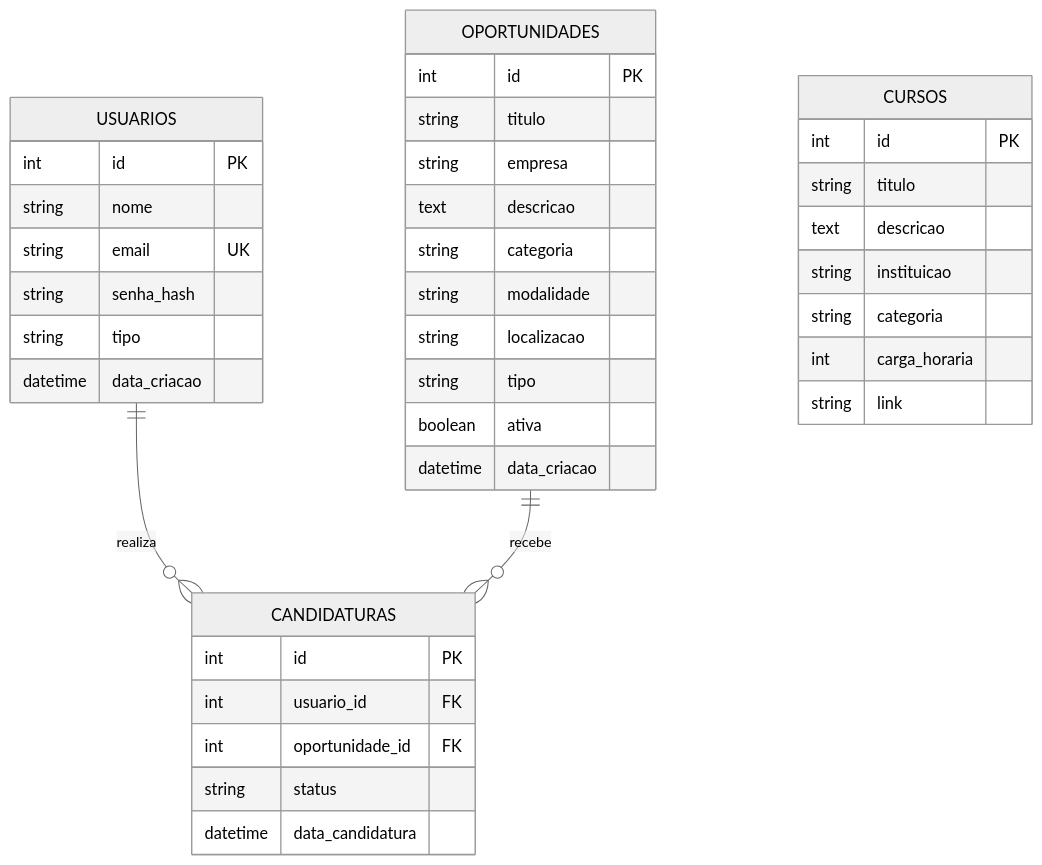
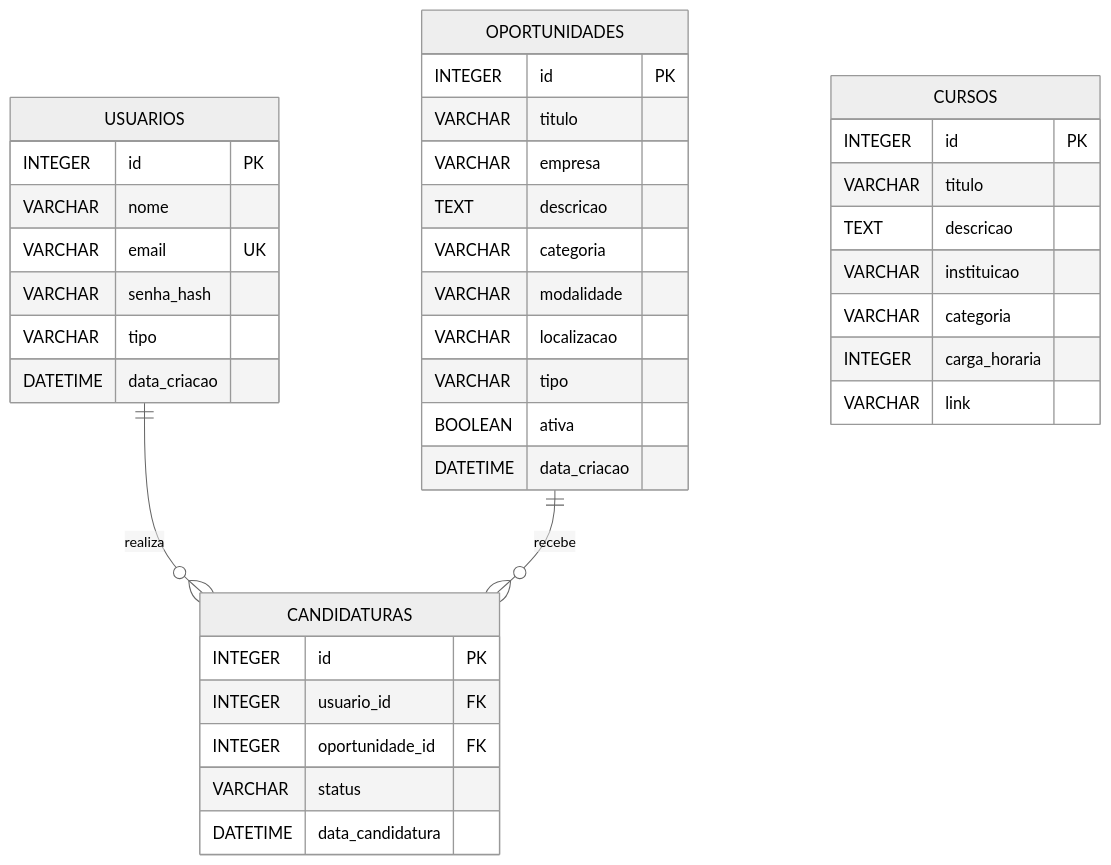
One commit to liimazz/conecta-jovem changed the diagram in conecta-jovem/relatorio/relatorio.md. Above: the diagram before and after it, drawn with Mermaid (neutral theme). The commit also changed other lines of this file, not shown here.

````diff
--- a/conecta-jovem/relatorio/relatorio.md
+++ b/conecta-jovem/relatorio/relatorio.md
@@ -15,41 +93,45 @@
 ```mermaid
 erDiagram
-    USUARIOS ||--o{ CANDIDATURAS : "realiza"
-    OPORTUNIDADES ||--o{ CANDIDATURAS : "recebe"
+    USUARIOS ||--o{ CANDIDATURAS : realiza
+    OPORTUNIDADES ||--o{ CANDIDATURAS : recebe
+
     USUARIOS {
-        int id PK
-        string nome
-        string email UK
-        string senha_hash
-        string tipo
-        datetime data_criacao
+        INTEGER id PK
+        VARCHAR nome
+        VARCHAR email UK
+        VARCHAR senha_hash
+        VARCHAR tipo
+        DATETIME data_criacao
     }
+
     OPORTUNIDADES {
-        int id PK
-        string titulo
-        string empresa
-        text descricao
-        string categoria
-        string modalidade
-        string localizacao
-        string tipo
-        boolean ativa
-        datetime data_criacao
+        INTEGER id PK
+        VARCHAR titulo
+        VARCHAR empresa
+        TEXT descricao
+        VARCHAR categoria
+        VARCHAR modalidade
+        VARCHAR localizacao
+        VARCHAR tipo
+        BOOLEAN ativa
+        DATETIME data_criacao
     }
+
     CANDIDATURAS {
-        int id PK
-        int usuario_id FK
-        int oportunidade_id FK
-        string status
-        datetime data_candidatura
+        INTEGER id PK
+        INTEGER usuario_id FK
+        INTEGER oportunidade_id FK
+        VARCHAR status
+        DATETIME data_candidatura
     }
+
     CURSOS {
-        int id PK
-        string titulo
-        text descricao
-        string instituicao
-        string categoria
-        int carga_horaria
-        string link
+        INTEGER id PK
+        VARCHAR titulo
+        TEXT descricao
+        VARCHAR instituicao
+        VARCHAR categoria
+        INTEGER carga_horaria
+        VARCHAR link
     }
 ```
````
